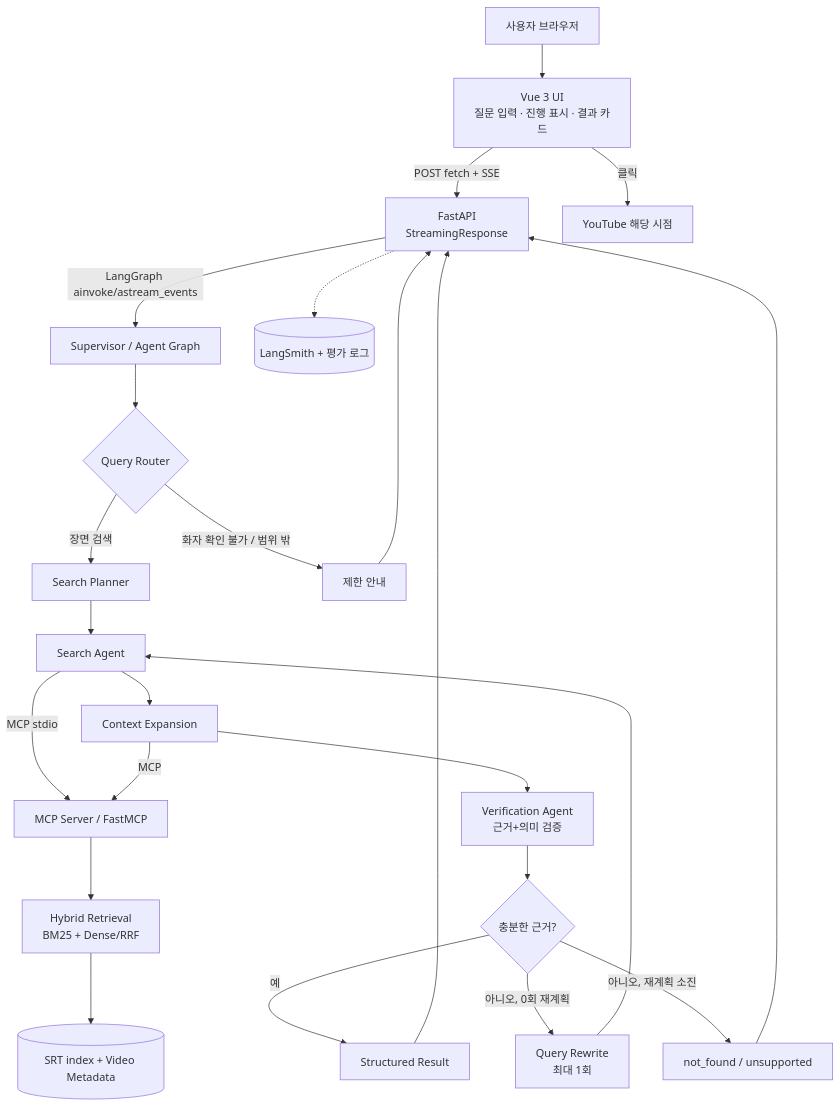
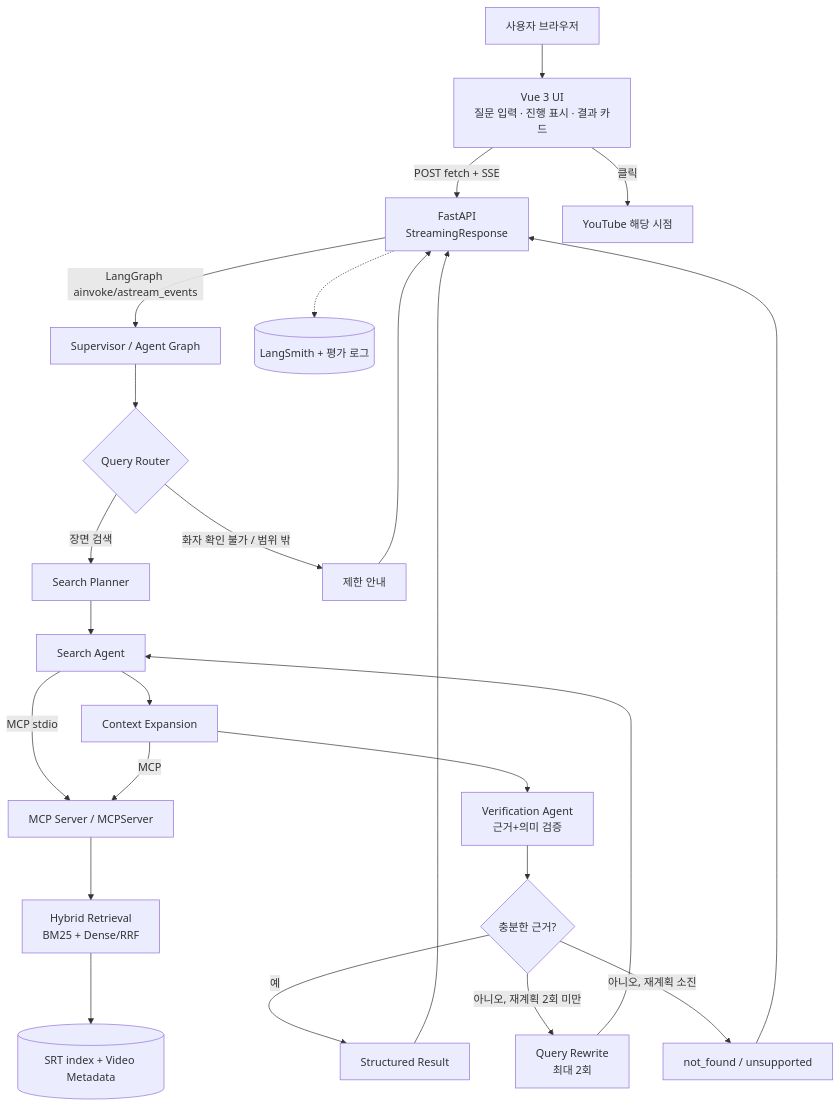
Before and after one commit to creepygrape/skala-AICapstone-mini-2: the first of 2 diagrams in docs/architecture.md, drawn with Mermaid. The commit also changed other lines of this file and 45 other files, not shown here.

````diff
--- a/docs/architecture.md
+++ b/docs/architecture.md
@@ -9,26 +9,26 @@
 ```mermaid
 flowchart TB
   U[사용자 브라우저] --> V[Vue 3 UI\n질문 입력 · 진행 표시 · 결과 카드]
   V -->|POST fetch + SSE| API[FastAPI\nStreamingResponse]
   API -->|LangGraph ainvoke/astream_events| G[Supervisor / Agent Graph]
   G --> R{Query Router}
   R -->|장면 검색| P[Search Planner]
   R -->|화자 확인 불가 / 범위 밖| F[제한 안내]
   P --> SA[Search Agent]
-  SA -->|MCP stdio| M[MCP Server / FastMCP]
+  SA -->|MCP stdio| M[MCP Server / MCPServer]
   M --> H[Hybrid Retrieval\nBM25 + Dense/RRF]
   H --> DB[(SRT index + Video Metadata)]
   SA --> C[Context Expansion]
   C -->|MCP| M
   C --> VA[Verification Agent\n근거+의미 검증]
   VA --> D{충분한 근거?}
   D -->|예| O[Structured Result]
-  D -->|아니오, 0회 재계획| RP[Query Rewrite\n최대 1회]
+  D -->|아니오, 재계획 2회 미만| RP[Query Rewrite\n최대 2회]
   RP --> SA
   D -->|아니오, 재계획 소진| NF[not_found / unsupported]
   O --> API
   NF --> API
   F --> API
   API -.-> LS[(LangSmith + 평가 로그)]
   V -->|클릭| YT[YouTube 해당 시점]
 ```
````
